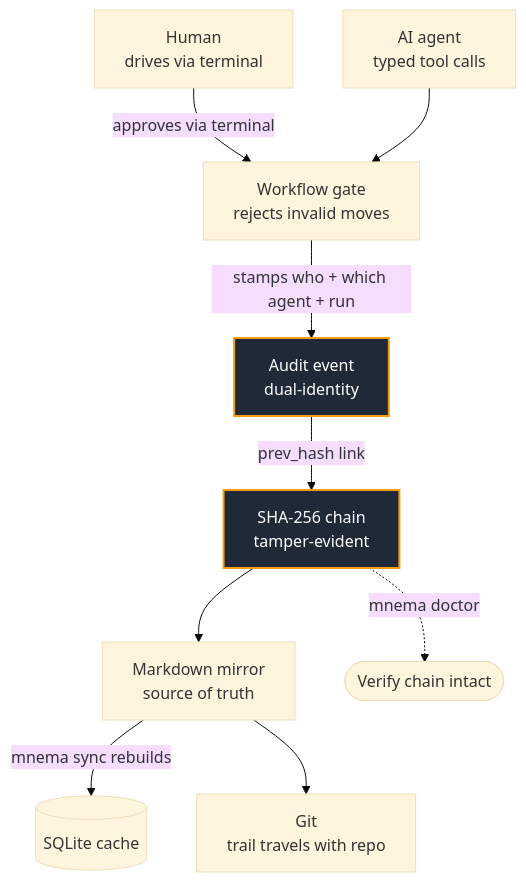
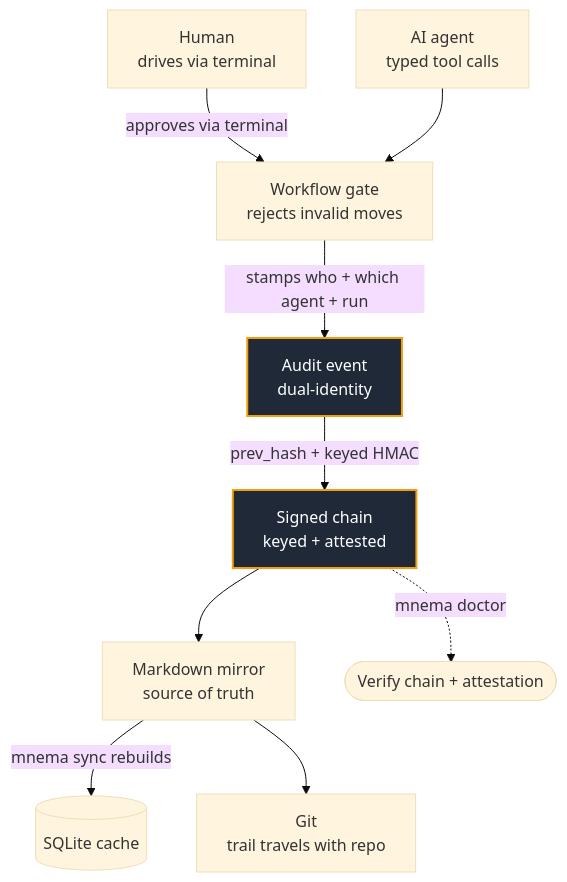
The diagram in README.md (felipesauer/mnema), drawn with Mermaid (base theme) before and after one commit. The commit also changed other lines of this file and 3 other files, not shown here.

````diff
--- a/README.md
+++ b/README.md
@@ -385,13 +510,13 @@
 ```mermaid
 graph TD
     H["Human<br/>drives via terminal"] -->|"approves via terminal"| G
     A["AI agent<br/>typed tool calls"] --> G["Workflow gate<br/>rejects invalid moves"]
     G -->|"stamps who + which agent + run"| E["Audit event<br/>dual-identity"]
-    E -->|"prev_hash link"| C["SHA-256 chain<br/>tamper-evident"]
+    E -->|"prev_hash + keyed HMAC"| C["Signed chain<br/>keyed + attested"]
     C --> M["Markdown mirror<br/>source of truth"]
     M -->|"mnema sync rebuilds"| S[("SQLite cache")]
     M --> R["Git<br/>trail travels with repo"]
-    C -.->|"mnema doctor"| V(["Verify chain intact"])
+    C -.->|"mnema doctor"| V(["Verify chain + attestation"])
     classDef climax fill:#1f2937,stroke:#f59e0b,stroke-width:2px,color:#fff;
     class E,C climax;
 ```
````
